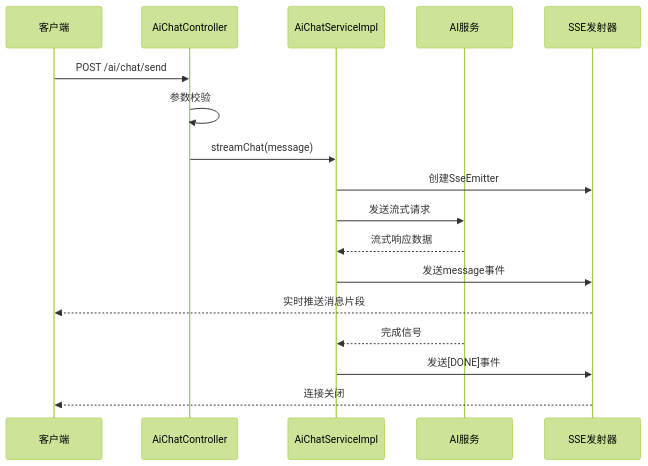
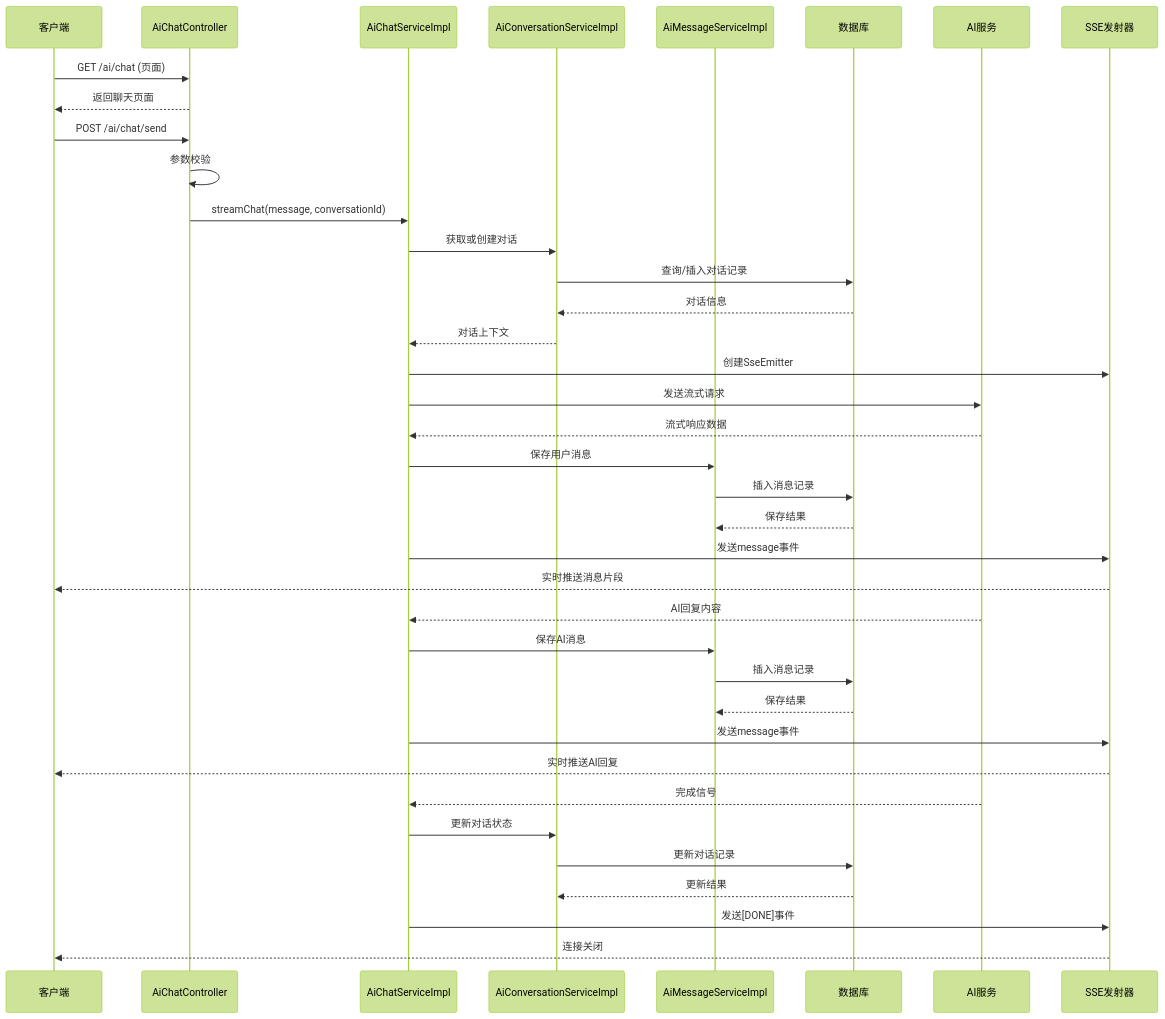
Before and after one commit to xionghao5/ruoyi-demo: the second of 7 diagrams in .qoder/repowiki/zh/content/API接口文档/AI对话API.md, drawn with Mermaid (forest theme). The commit also changed other lines of this file and 3 other files, not shown here.

````diff
--- a/.qoder/repowiki/zh/content/API接口文档/AI对话API.md
+++ b/.qoder/repowiki/zh/content/API接口文档/AI对话API.md
@@ -99,19 +143,40 @@
 ```mermaid
 sequenceDiagram
 participant Client as 客户端
 participant Controller as AiChatController
-participant Service as AiChatServiceImpl
+participant ChatService as AiChatServiceImpl
+participant ConversationService as AiConversationServiceImpl
+participant MessageService as AiMessageServiceImpl
+participant DB as 数据库
 participant AI as AI服务
 participant SSE as SSE发射器
+Client->>Controller : GET /ai/chat (页面)
+Controller-->>Client : 返回聊天页面
 Client->>Controller : POST /ai/chat/send
 Controller->>Controller : 参数校验
-Controller->>Service : streamChat(message)
-Service->>SSE : 创建SseEmitter
-Service->>AI : 发送流式请求
-AI-->>Service : 流式响应数据
-Service->>SSE : 发送message事件
+Controller->>ChatService : streamChat(message, conversationId)
+ChatService->>ConversationService : 获取或创建对话
+ConversationService->>DB : 查询/插入对话记录
+DB-->>ConversationService : 对话信息
+ConversationService-->>ChatService : 对话上下文
+ChatService->>SSE : 创建SseEmitter
+ChatService->>AI : 发送流式请求
+AI-->>ChatService : 流式响应数据
+ChatService->>MessageService : 保存用户消息
+MessageService->>DB : 插入消息记录
+DB-->>MessageService : 保存结果
+ChatService->>SSE : 发送message事件
 SSE-->>Client : 实时推送消息片段
-AI-->>Service : 完成信号
-Service->>SSE : 发送[DONE]事件
+AI-->>ChatService : AI回复内容
+ChatService->>MessageService : 保存AI消息
+MessageService->>DB : 插入消息记录
+DB-->>MessageService : 保存结果
+ChatService->>SSE : 发送message事件
+SSE-->>Client : 实时推送AI回复
+AI-->>ChatService : 完成信号
+ChatService->>ConversationService : 更新对话状态
+ConversationService->>DB : 更新对话记录
+DB-->>ConversationService : 更新结果
+ChatService->>SSE : 发送[DONE]事件
 SSE-->>Client : 连接关闭
 ```
````
